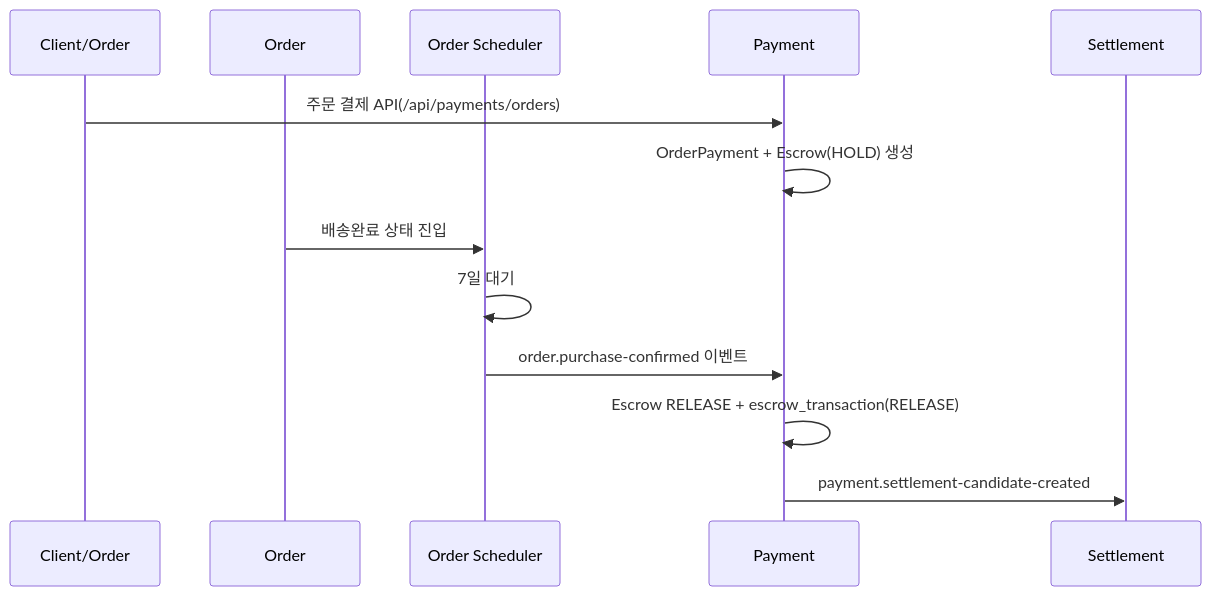
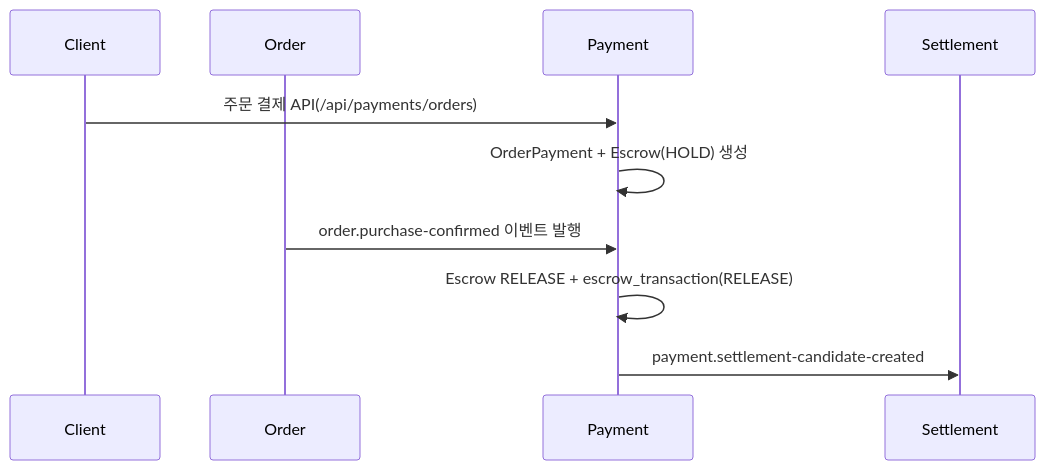
The first of 2 diagrams in payment/docs/결제_정산환불_흐름_가이드.md (sihoney/GoodsMall_BE), drawn with Mermaid before and after one commit. The commit also changed other lines of this file and 2 other files, not shown here.

````diff
--- a/payment/docs/결제_정산환불_흐름_가이드.md
+++ b/payment/docs/결제_정산환불_흐름_가이드.md
@@ -24,16 +45,13 @@
 ```mermaid
 sequenceDiagram
-    participant C as Client/Order
+    participant C as Client
     participant O as Order
-    participant SCH as Order Scheduler
     participant P as Payment
     participant S as Settlement
 
     C->>P: 주문 결제 API(/api/payments/orders)
     P->>P: OrderPayment + Escrow(HOLD) 생성
-    O->>SCH: 배송완료 상태 진입
-    SCH->>SCH: 7일 대기
-    SCH->>P: order.purchase-confirmed 이벤트
+    O->>P: order.purchase-confirmed 이벤트 발행
     P->>P: Escrow RELEASE + escrow_transaction(RELEASE)
     P->>S: payment.settlement-candidate-created
 ```
````
